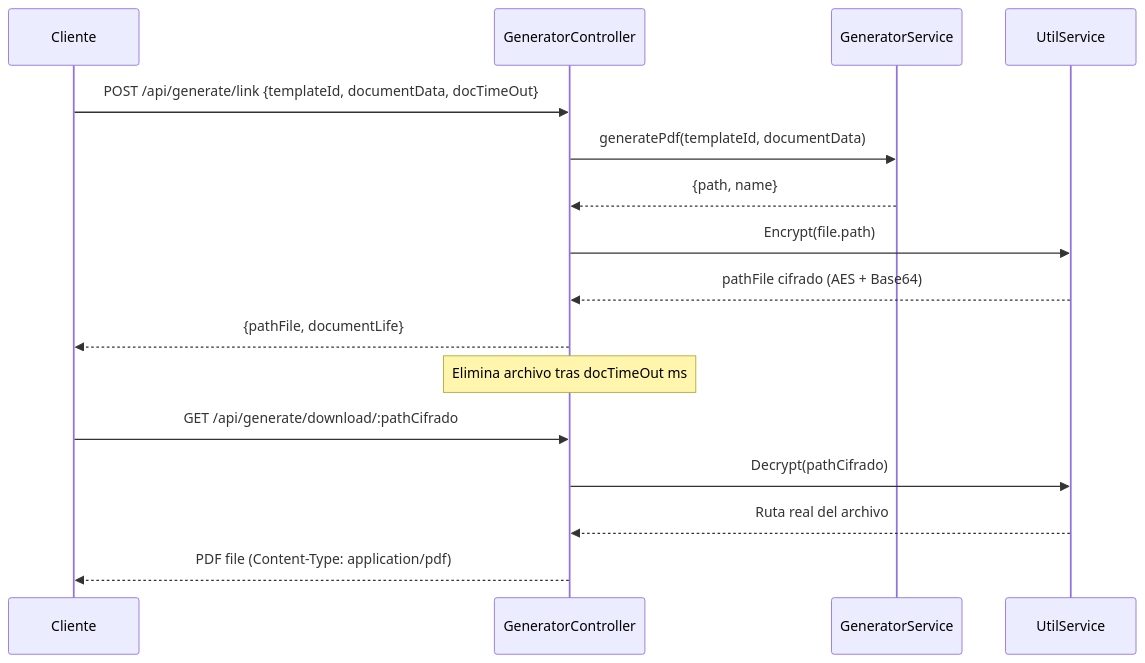
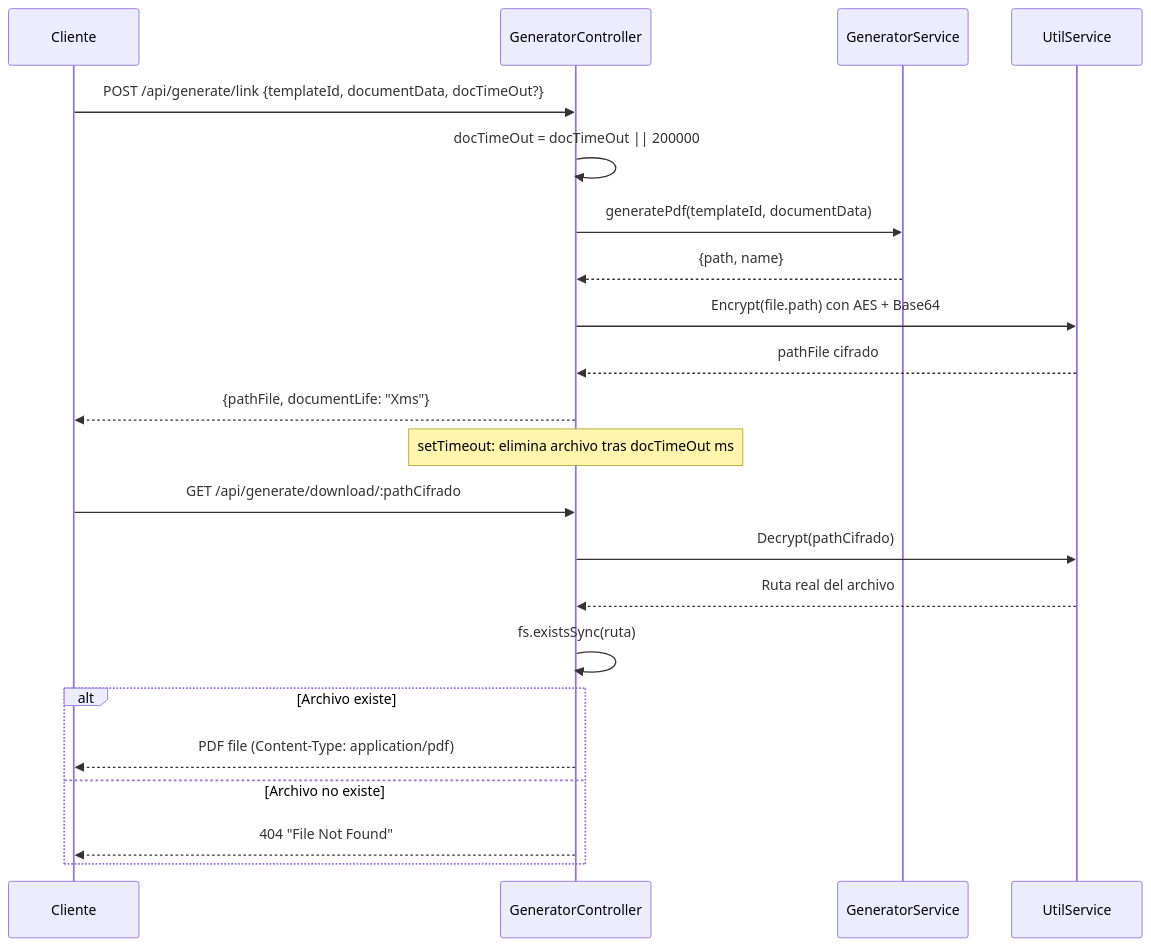
One commit to cmontesvergara/doc-forge changed the third of 3 diagrams in sync/feddocs/architecture.md. Above: the diagram before and after it, drawn with Mermaid. The commit also changed other lines of this file and 5 other files, not shown here.

````diff
--- a/sync/feddocs/architecture.md
+++ b/sync/feddocs/architecture.md
@@ -82,19 +121,25 @@
 ```mermaid
 sequenceDiagram
     participant C as Cliente
     participant GC as GeneratorController
     participant GS as GeneratorService
     participant US as UtilService
 
-    C->>GC: POST /api/generate/link {templateId, documentData, docTimeOut}
+    C->>GC: POST /api/generate/link {templateId, documentData, docTimeOut?}
+    GC->>GC: docTimeOut = docTimeOut || 200000
     GC->>GS: generatePdf(templateId, documentData)
     GS-->>GC: {path, name}
-    GC->>US: Encrypt(file.path)
-    US-->>GC: pathFile cifrado (AES + Base64)
-    GC-->>C: {pathFile, documentLife}
-    Note over GC: Elimina archivo tras docTimeOut ms
+    GC->>US: Encrypt(file.path) con AES + Base64
+    US-->>GC: pathFile cifrado
+    GC-->>C: {pathFile, documentLife: "Xms"}
+    Note over GC: setTimeout: elimina archivo tras docTimeOut ms
     C->>GC: GET /api/generate/download/:pathCifrado
     GC->>US: Decrypt(pathCifrado)
     US-->>GC: Ruta real del archivo
-    GC-->>C: PDF file (Content-Type: application/pdf)
+    GC->>GC: fs.existsSync(ruta)
+    alt Archivo existe
+        GC-->>C: PDF file (Content-Type: application/pdf)
+    else Archivo no existe
+        GC-->>C: 404 "File Not Found"
+    end
 ```
````
